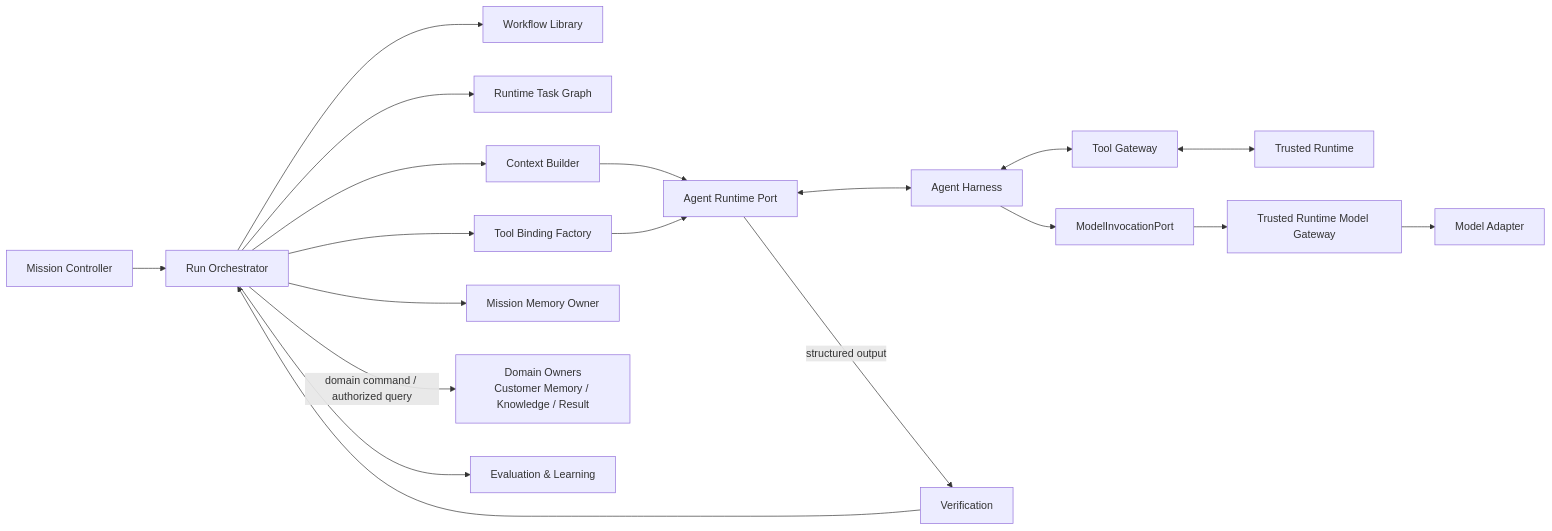
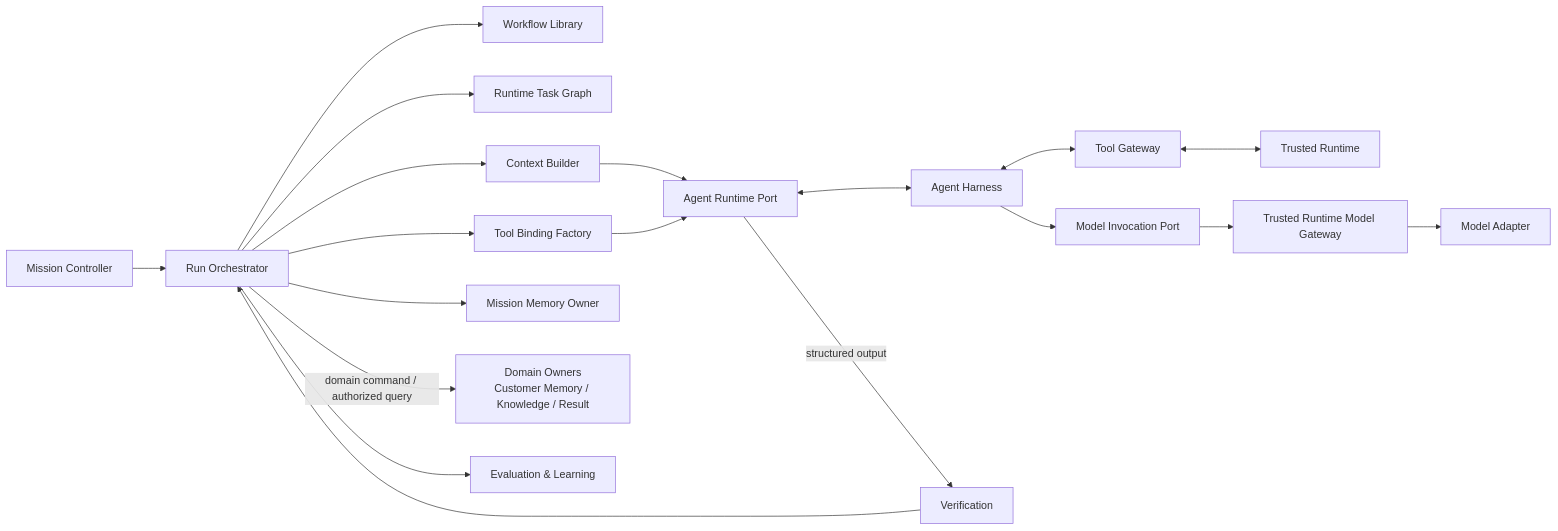
The second of 3 diagrams in docs/V1/00-总体设计/Building-Agentic-Business-Harness-on-Agent-Harness.md (GoatGit/ABH), drawn with Mermaid before and after one commit. The commit also changed other lines of this file and 3 other files, not shown here.

````diff
--- a/docs/V1/00-总体设计/Building-Agentic-Business-Harness-on-Agent-Harness.md
+++ b/docs/V1/00-总体设计/Building-Agentic-Business-Harness-on-Agent-Harness.md
@@ -286,21 +306,21 @@
 ```mermaid
 flowchart LR
     MC["Mission Controller"] --> RO["Run Orchestrator"]
     RO --> WL["Workflow Library"]
     RO --> TG["Runtime Task Graph"]
     RO --> CB["Context Builder"]
     RO --> TBF["Tool Binding Factory"]
     CB --> AR["Agent Runtime Port"]
     TBF --> AR
     AR <--> AH["Agent Harness"]
     AH <--> GW["Tool Gateway"]
     GW <--> TR["Trusted Runtime"]
-    AH --> MIP["ModelInvocationPort"]
+    AH --> MIP["Model Invocation Port"]
     MIP --> MG["Trusted Runtime Model Gateway"]
     MG --> MA["Model Adapter"]
     AR -->|structured output| VER["Verification"]
     VER --> RO
     RO --> MEM["Mission Memory Owner"]
     RO -->|domain command / authorized query| DOM["Domain Owners<br/>Customer Memory / Knowledge / Result"]
     RO --> EVAL["Evaluation & Learning"]
 ```
````
